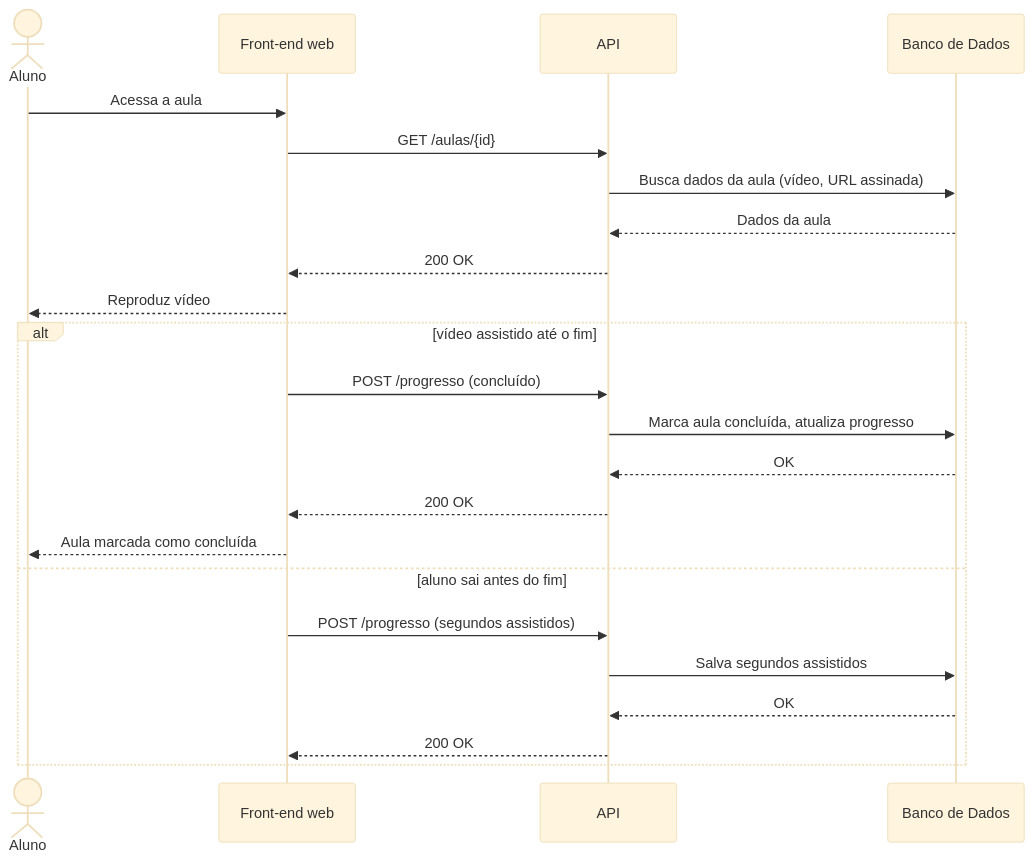
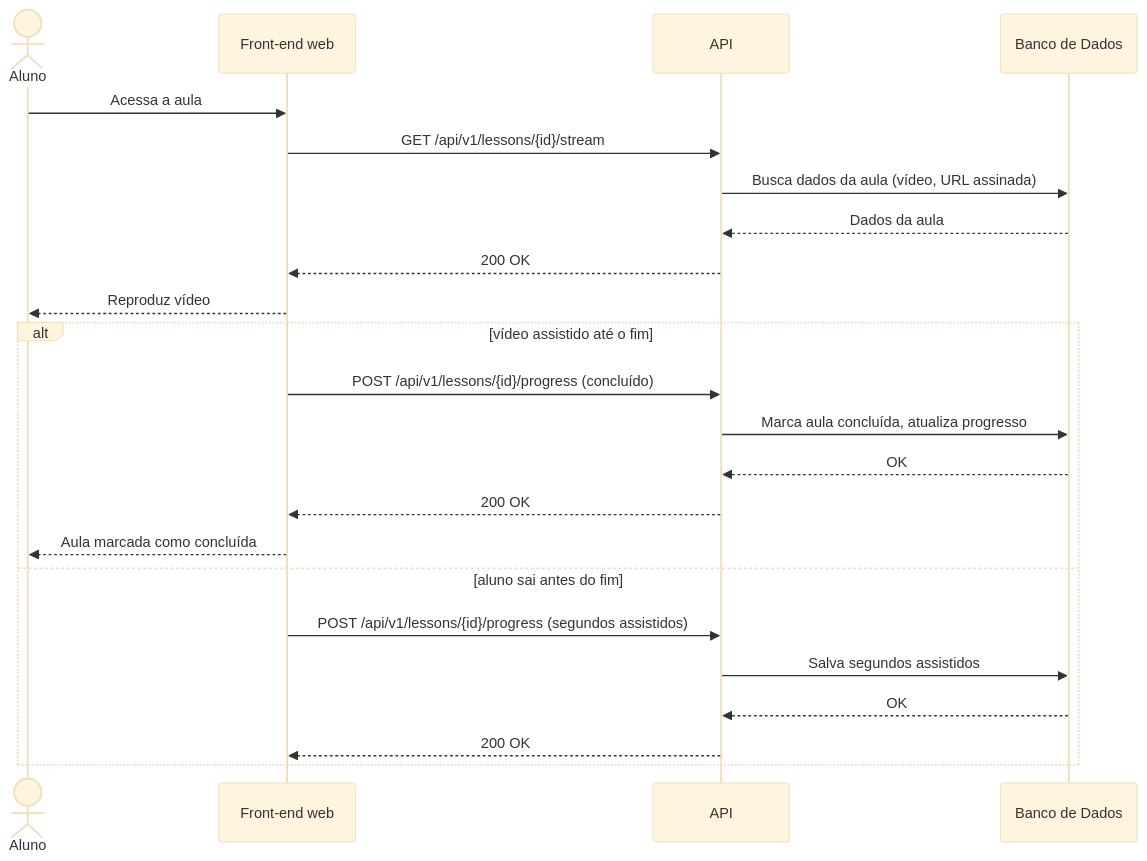
One commit to Plataforma-de-Cursos-TCC/plataforma-cursos-docs changed the diagram in docs/ssd/UC009-assistir-aula.md. Above: the diagram before and after it, drawn with Mermaid (base theme). The commit also changed 16 other files, not shown here.

````diff
--- a/docs/ssd/UC009-assistir-aula.md
+++ b/docs/ssd/UC009-assistir-aula.md
@@ -5,26 +5,26 @@
 ```mermaid
 sequenceDiagram
     actor Aluno
     participant FE as Front-end web
     participant API
     participant DB as Banco de Dados
 
     Aluno->>FE: Acessa a aula
-    FE->>API: GET /aulas/{id}
+    FE->>API: GET /api/v1/lessons/{id}/stream
     API->>DB: Busca dados da aula (vídeo, URL assinada)
     DB-->>API: Dados da aula
     API-->>FE: 200 OK
     FE-->>Aluno: Reproduz vídeo
     alt vídeo assistido até o fim
-        FE->>API: POST /progresso (concluído)
+        FE->>API: POST /api/v1/lessons/{id}/progress (concluído)
         API->>DB: Marca aula concluída, atualiza progresso
         DB-->>API: OK
         API-->>FE: 200 OK
         FE-->>Aluno: Aula marcada como concluída
     else aluno sai antes do fim
-        FE->>API: POST /progresso (segundos assistidos)
+        FE->>API: POST /api/v1/lessons/{id}/progress (segundos assistidos)
         API->>DB: Salva segundos assistidos
         DB-->>API: OK
         API-->>FE: 200 OK
     end
 ```
````
